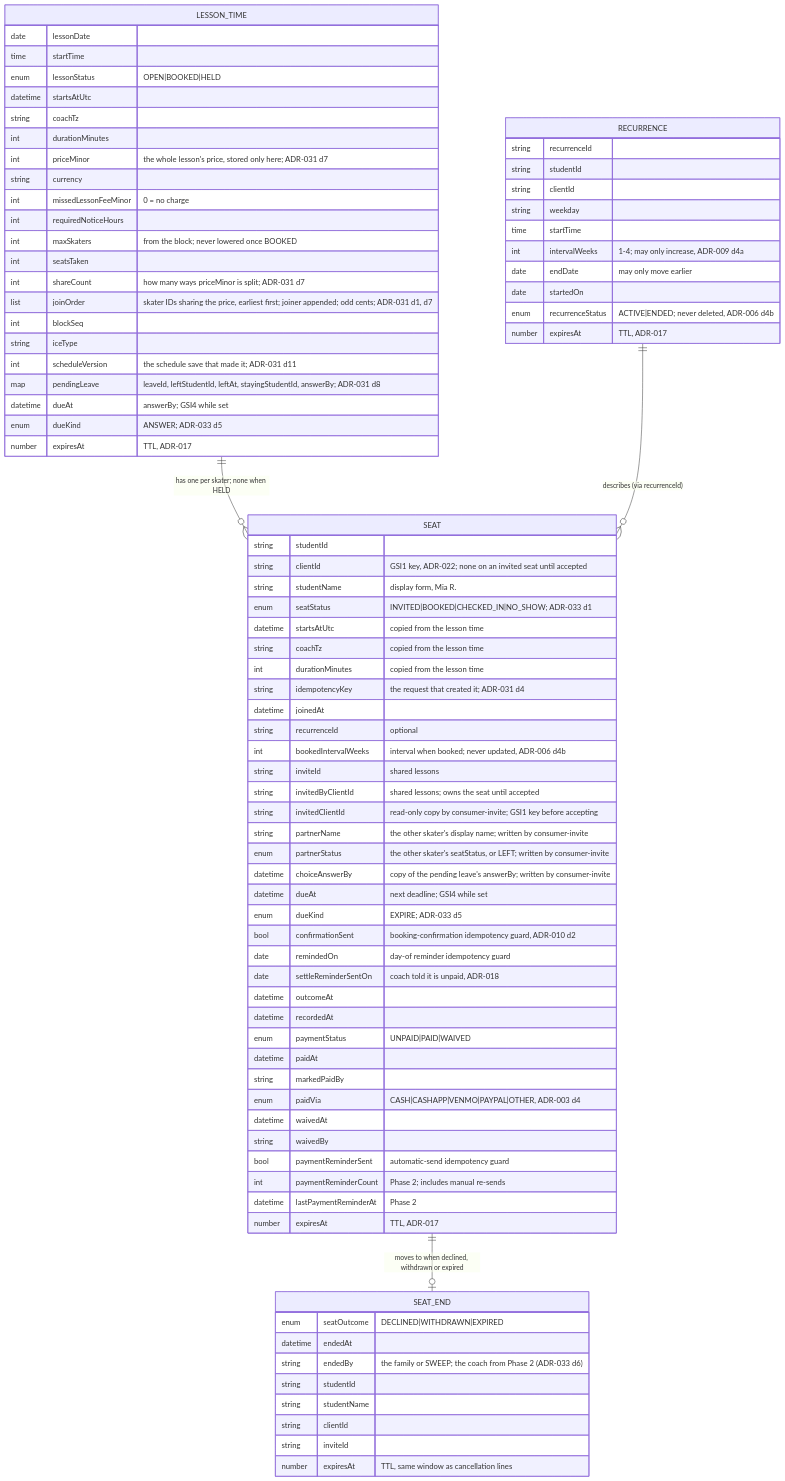
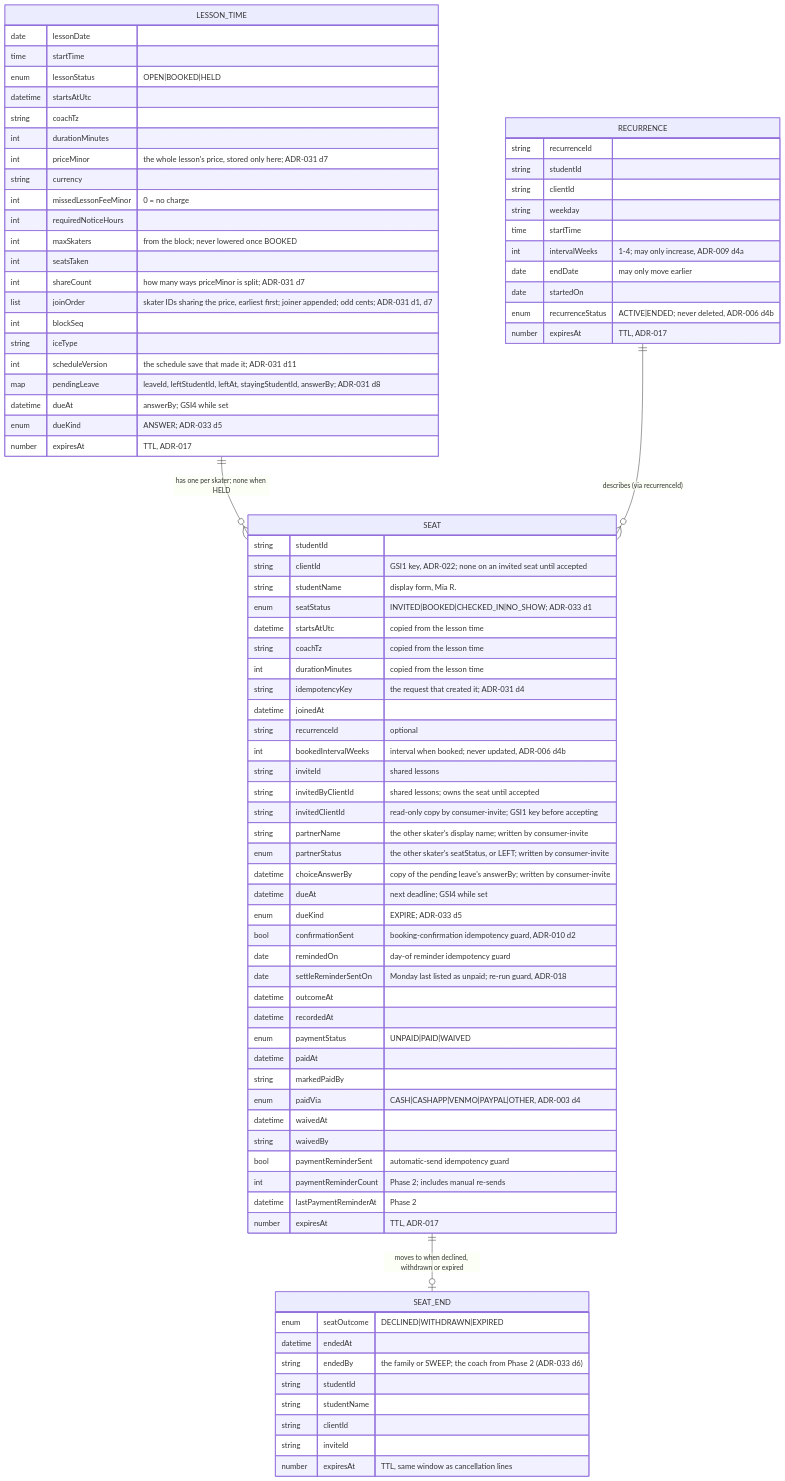
One commit to jessicamvega6/bladebook changed the sixth of 31 diagrams in docs/architecture.md. Above: the diagram before and after it, drawn with Mermaid. The commit also changed other lines of this file and 65 other files, not shown here.

```diff
--- a/docs/architecture.md
+++ b/docs/architecture.md
@@ -436,7 +436,7 @@
         enum   dueKind "EXPIRE; ADR-033 d5"
         bool   confirmationSent "booking-confirmation idempotency guard, ADR-010 d2"
         date   remindedOn "day-of reminder idempotency guard"
-        date   settleReminderSentOn "coach told it is unpaid, ADR-018"
+        date   settleReminderSentOn "Monday last listed as unpaid; re-run guard, ADR-018"
         datetime outcomeAt
         datetime recordedAt
         enum   paymentStatus "UNPAID|PAID|WAIVED"
```
